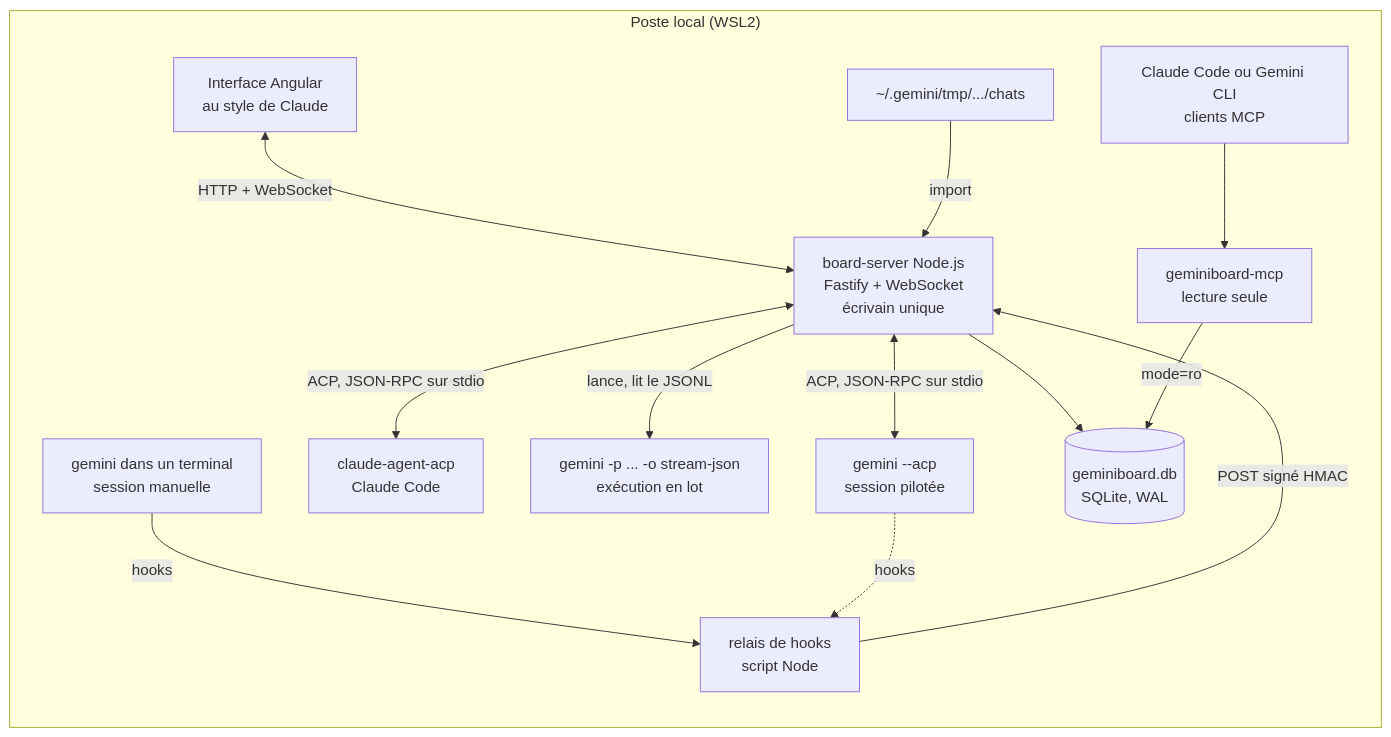
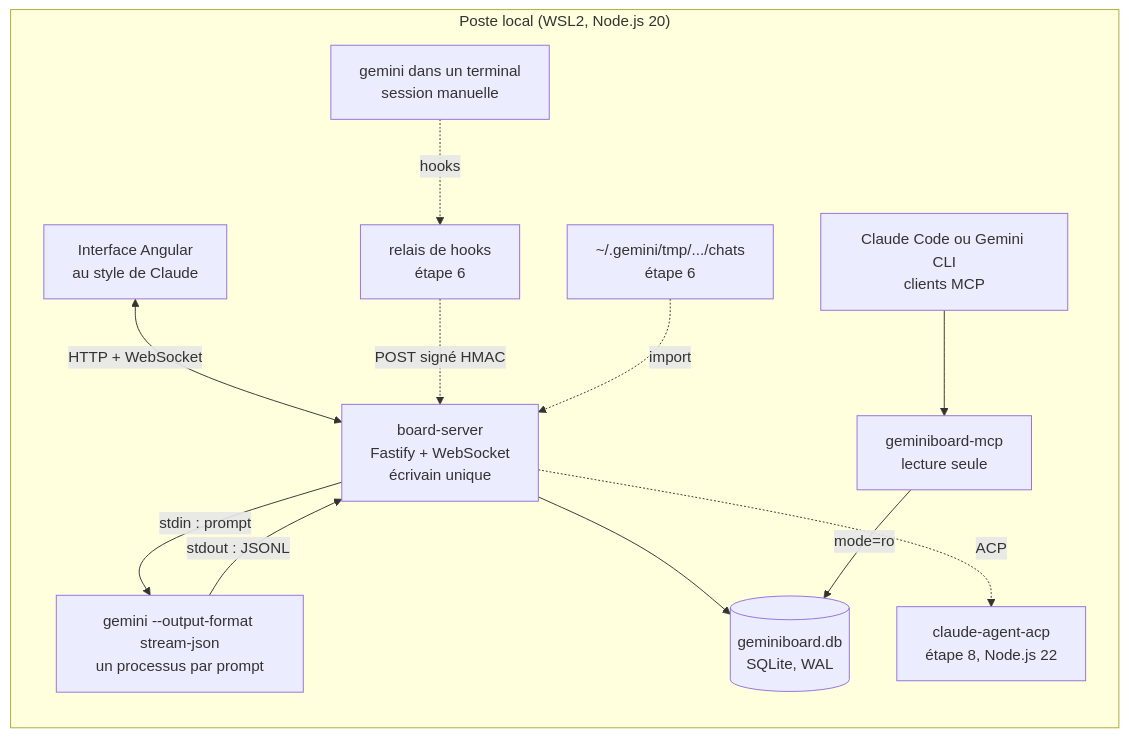
One commit to FredGarcia/geminiboard-cadrage changed the first of 3 diagrams in README.md. Above: the diagram before and after it, drawn with Mermaid. The commit also changed other lines of this file, not shown here.

````diff
--- a/README.md
+++ b/README.md
@@ -63,27 +69,25 @@
 ```mermaid
 flowchart LR
-  subgraph poste["Poste local (WSL2)"]
+  subgraph poste["Poste local (WSL2, Node.js 20)"]
     UI["Interface Angular<br/>au style de Claude"]
-    SRV["board-server Node.js<br/>Fastify + WebSocket<br/>écrivain unique"]
+    SRV["board-server<br/>Fastify + WebSocket<br/>écrivain unique"]
     DB[("geminiboard.db<br/>SQLite, WAL")]
+    G1["gemini --output-format stream-json<br/>un processus par prompt"]
     MCP["geminiboard-mcp<br/>lecture seule"]
     CL["Claude Code ou Gemini CLI<br/>clients MCP"]
-    HOOK["relais de hooks<br/>script Node"]
-    G1["gemini --acp<br/>session pilotée"]
-    G2["gemini -p ... -o stream-json<br/>exécution en lot"]
     G3["gemini dans un terminal<br/>session manuelle"]
-    C1["claude-agent-acp<br/>Claude Code"]
-    FS["~/.gemini/tmp/.../chats"]
+    HOOK["relais de hooks<br/>étape 6"]
+    FS["~/.gemini/tmp/.../chats<br/>étape 6"]
+    C1["claude-agent-acp<br/>étape 8, Node.js 22"]
   end
   UI <-->|"HTTP + WebSocket"| SRV
-  SRV <-->|"ACP, JSON-RPC sur stdio"| G1
-  SRV <-->|"ACP, JSON-RPC sur stdio"| C1
-  SRV -->|"lance, lit le JSONL"| G2
-  G3 -->|"hooks"| HOOK
-  G1 -.->|"hooks"| HOOK
-  HOOK -->|"POST signé HMAC"| SRV
-  FS -->|"import"| SRV
+  SRV -->|"stdin : prompt"| G1
+  G1 -->|"stdout : JSONL"| SRV
   SRV --> DB
   MCP -->|"mode=ro"| DB
   CL --> MCP
+  G3 -.->|"hooks"| HOOK
+  HOOK -.->|"POST signé HMAC"| SRV
+  FS -.->|"import"| SRV
+  SRV -.->|"ACP"| C1
 ```
````
